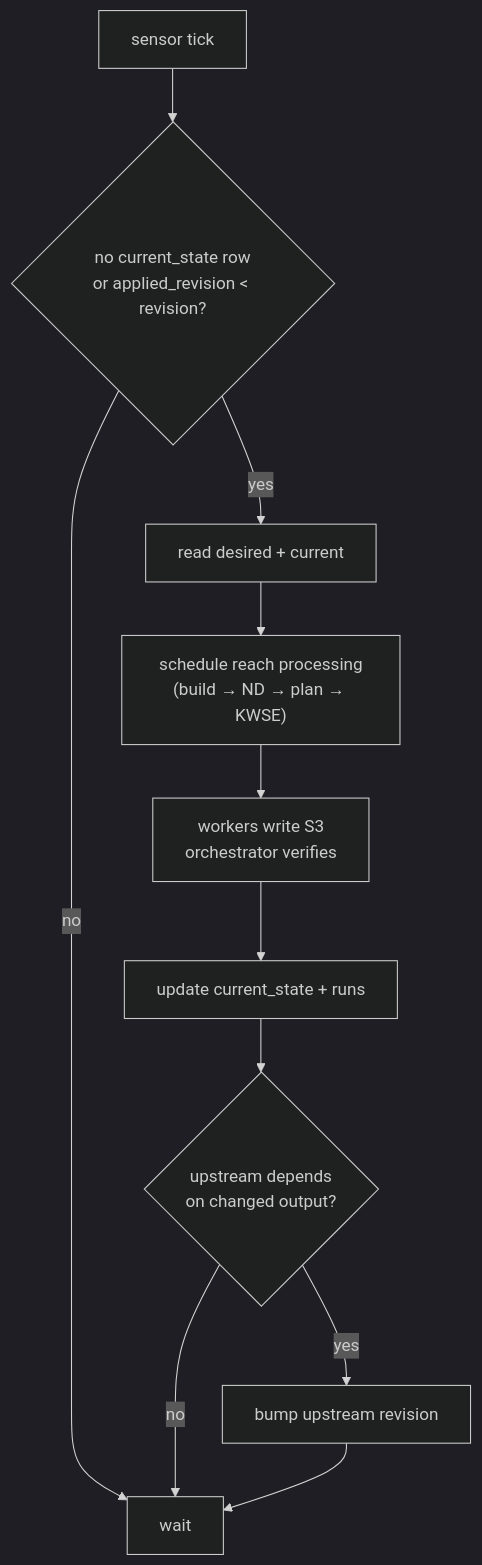
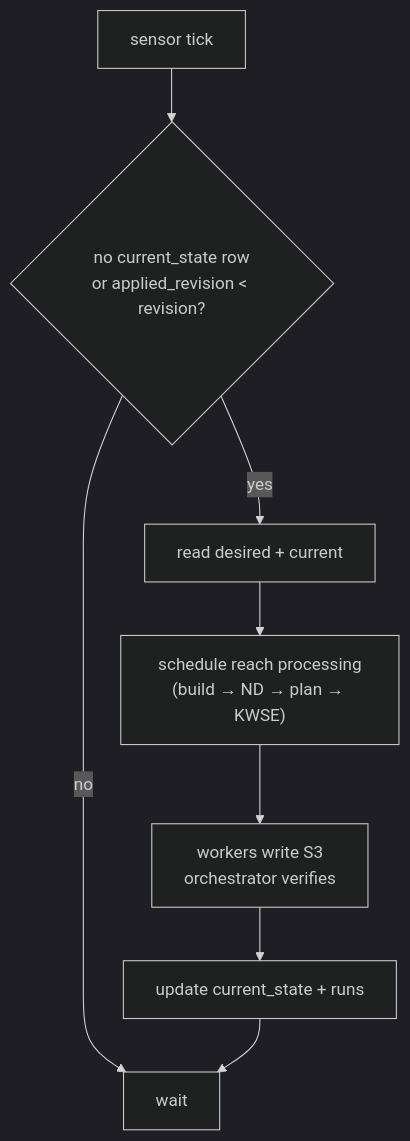
One commit to NOAA-OWP/twod-fim-knowledge-base changed the second of 4 diagrams in system-design/orchestrator-design.md. Above: the diagram before and after it, drawn with Mermaid (dark theme). The commit also changed other lines of this file and 1 other file, not shown here.

First line of the commit message:
Add trigger tables, flow diagrams, update propagation and reach processing (#58)

````diff
--- a/system-design/orchestrator-design.md
+++ b/system-design/orchestrator-design.md
@@ -93,13 +29,10 @@
 ```mermaid
 flowchart TD
     Tick["sensor tick"] --> Gap{"no current_state row<br/>or applied_revision < revision?"}
     Gap -- "no" --> Wait["wait"]
     Gap -- "yes" --> Read["read desired + current"]
     Read --> Schedule["schedule reach processing<br/>(build → ND → plan → KWSE)"]
     Schedule --> Verify["workers write S3<br/>orchestrator verifies"]
     Verify --> Update["update current_state + runs"]
-    Update --> Upstream{"upstream depends<br/>on changed output?"}
-    Upstream -- "yes" --> Bump["bump upstream revision"]
-    Upstream -- "no" --> Wait
-    Bump --> Wait
+    Update --> Wait
 ```
````
